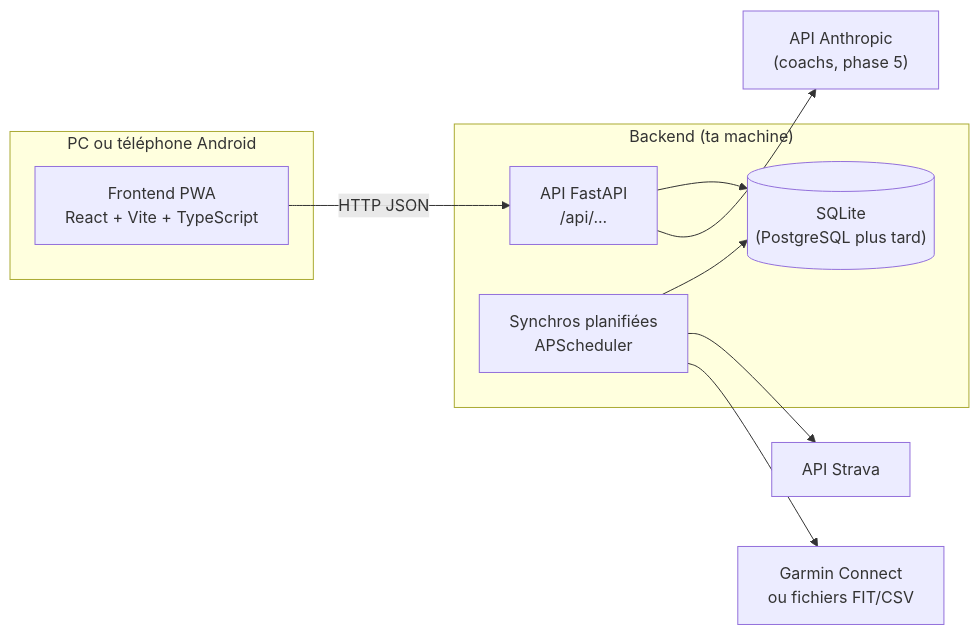
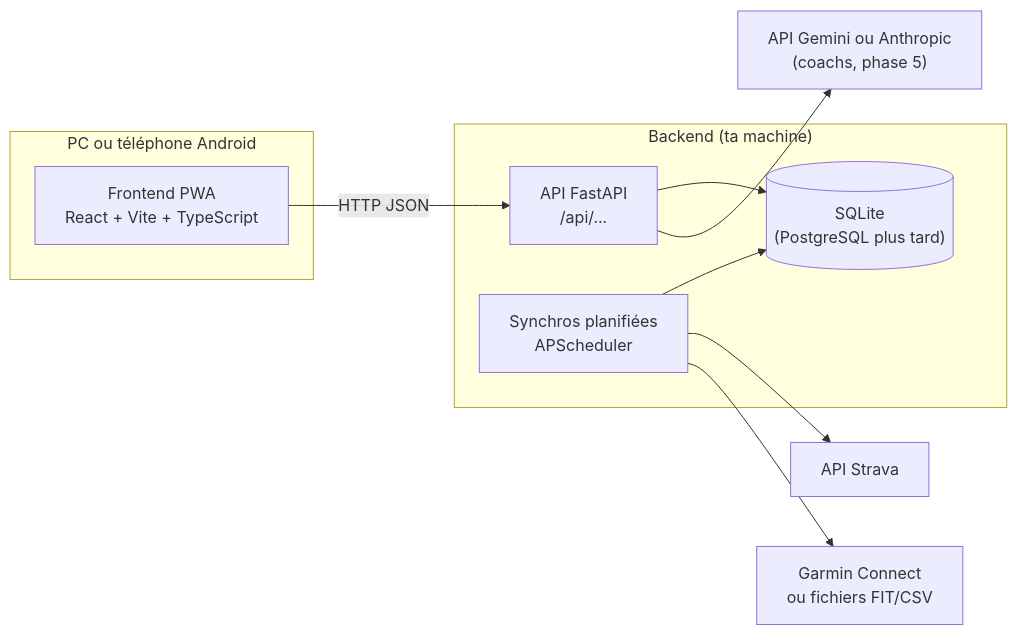
One commit to quen9669/App_Sport changed the first of 2 diagrams in docs/architecture.md. Above: the diagram before and after it, drawn with Mermaid. The commit also changed 16 other files, not shown here.

````diff
--- a/docs/architecture.md
+++ b/docs/architecture.md
@@ -5,21 +5,21 @@
 ```mermaid
 flowchart LR
     subgraph Appareil["PC ou téléphone Android"]
         PWA["Frontend PWA<br/>React + Vite + TypeScript"]
     end
     subgraph Serveur["Backend (ta machine)"]
         API["API FastAPI<br/>/api/..."]
         DB[("SQLite<br/>(PostgreSQL plus tard)")]
         SCHED["Synchros planifiées<br/>APScheduler"]
     end
     STRAVA["API Strava"]
     GARMIN["Garmin Connect<br/>ou fichiers FIT/CSV"]
-    CLAUDE["API Anthropic<br/>(coachs, phase 5)"]
+    CLAUDE["API Gemini ou Anthropic<br/>(coachs, phase 5)"]
 
     PWA -- "HTTP JSON" --> API
     API --> DB
     SCHED --> DB
     SCHED --> STRAVA
     SCHED --> GARMIN
     API --> CLAUDE
 ```
````
